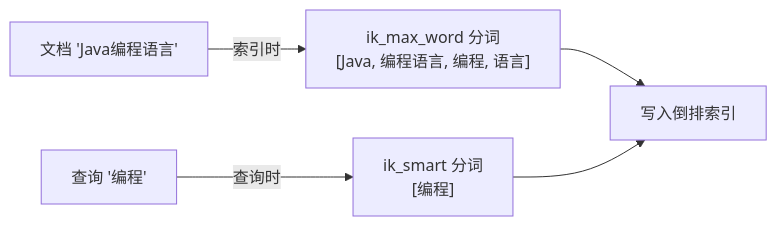
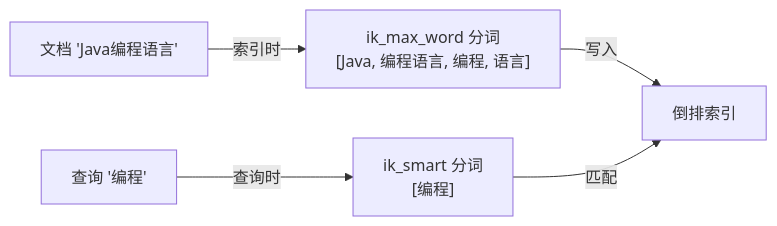
Before and after one commit to b1tzer/the-stack: the first of 3 diagrams in docs/elasticsearch/02-indexing/chapter-04-chinese-analysis.md, drawn with Mermaid. The commit also changed other lines of this file and 5 other files, not shown here.

````diff
--- a/docs/elasticsearch/02-indexing/chapter-04-chinese-analysis.md
+++ b/docs/elasticsearch/02-indexing/chapter-04-chinese-analysis.md
@@ -25,5 +23,5 @@
 ```mermaid
 flowchart LR
-    W["文档 'Java编程语言'"] -->|"索引时"| I["ik_max_word 分词<br>[Java, 编程语言, 编程, 语言]"] --> IDX["写入倒排索引"]
-    Q["查询 '编程'"] -->|"查询时"| S["ik_smart 分词<br>[编程]"] --> IDX
+    W["文档 'Java编程语言'"] -->|"索引时"| I["ik_max_word 分词<br>[Java, 编程语言, 编程, 语言]"] -->|"写入"| IDX["倒排索引"]
+    Q["查询 '编程'"] -->|"查询时"| S["ik_smart 分词<br>[编程]"] -->|"匹配"| IDX
 ```
````
